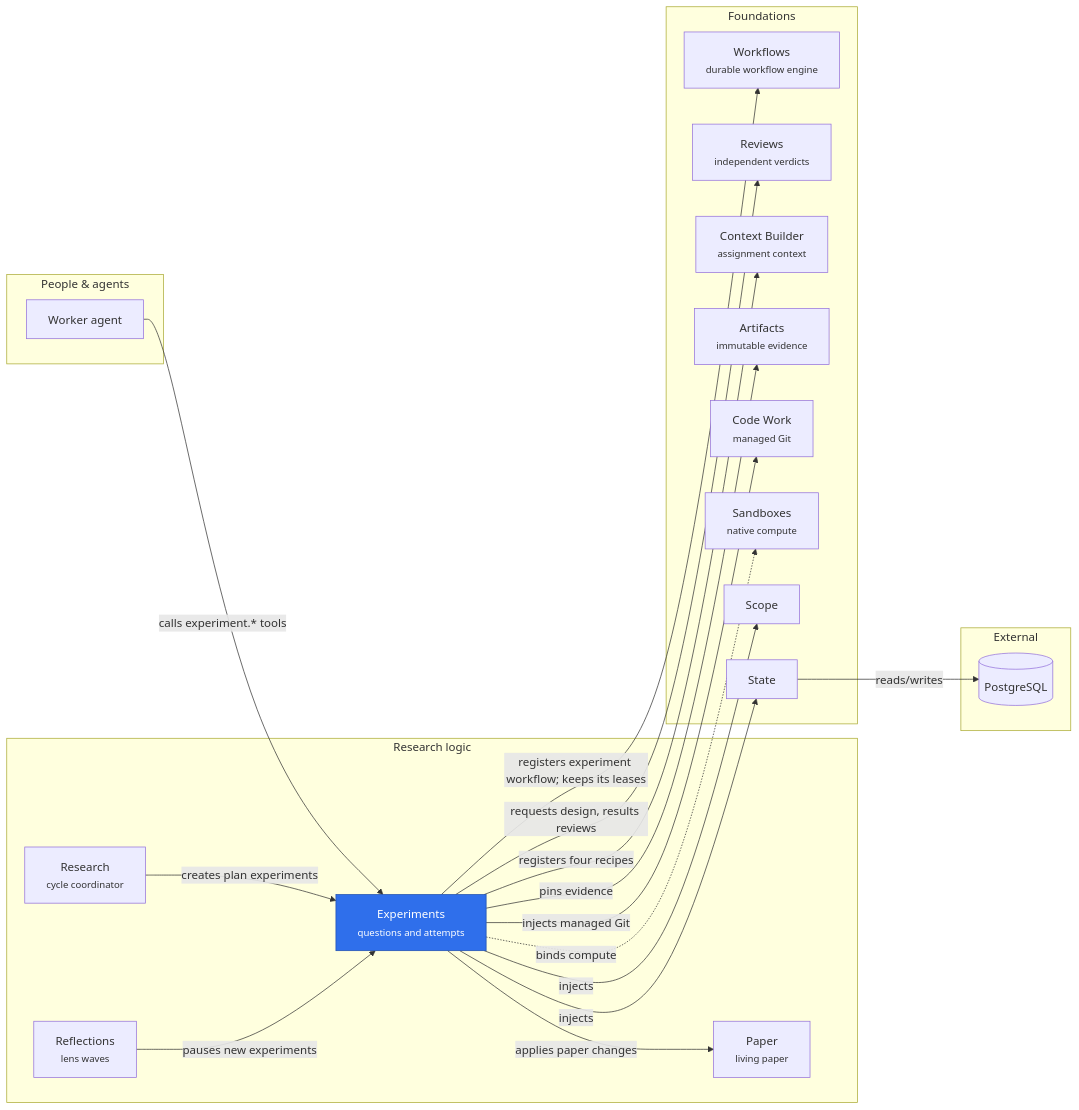
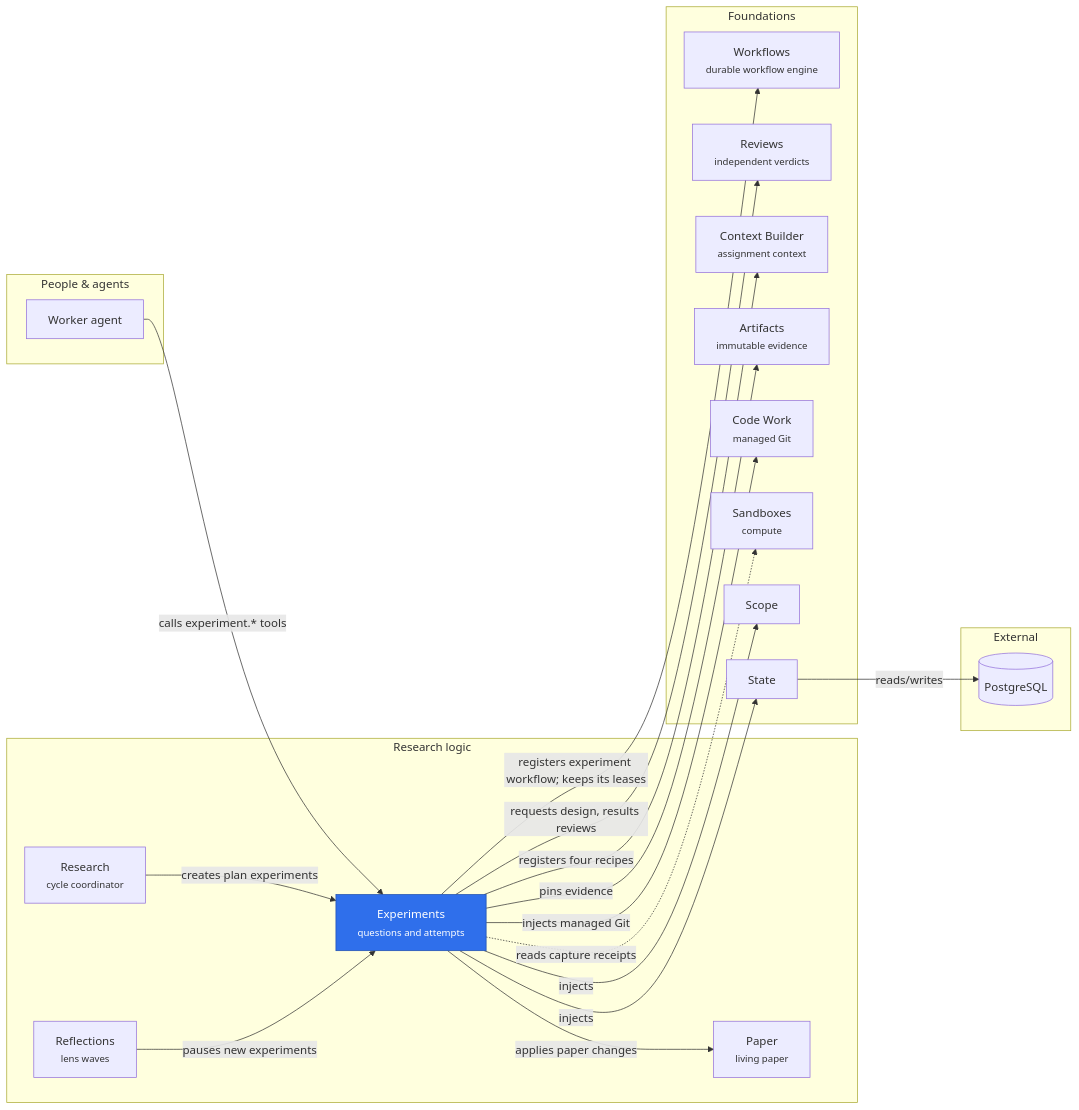
The diagram in merv-typescript/packages/experiments/README.md (rapidreview-io/Merv), drawn with Mermaid before and after one commit. The commit also changed other lines of this file and 27 other files, not shown here.

````diff
--- a/merv-typescript/packages/experiments/README.md
+++ b/merv-typescript/packages/experiments/README.md
@@ -8,40 +8,40 @@
 ```mermaid
 flowchart LR
   subgraph people["People & agents"]
     worker["Worker agent"]
   end
   subgraph logic["Research logic"]
     experiments["Experiments<br/><small>questions and attempts</small>"]
     research["Research<br/><small>cycle coordinator</small>"]
     reflections["Reflections<br/><small>lens waves</small>"]
     paper["Paper<br/><small>living paper</small>"]
   end
   subgraph foundations["Foundations"]
     workflows["Workflows<br/><small>durable workflow engine</small>"]
     reviews["Reviews<br/><small>independent verdicts</small>"]
     contextBuilder["Context Builder<br/><small>assignment context</small>"]
     artifacts["Artifacts<br/><small>immutable evidence</small>"]
     codeWork["Code Work<br/><small>managed Git</small>"]
-    sandboxes["Sandboxes<br/><small>native compute</small>"]
+    sandboxes["Sandboxes<br/><small>compute</small>"]
     scope["Scope"]
     state["State"]
   end
   subgraph external["External"]
     postgres[("PostgreSQL")]
   end
   worker -- "calls experiment.* tools" --> experiments
   research -- "creates plan experiments" --> experiments
   reflections -- "pauses new experiments" --> experiments
   experiments -- "registers experiment workflow; keeps its leases" --> workflows
   experiments -- "requests design, results reviews" --> reviews
   experiments -- "registers four recipes" --> contextBuilder
   experiments -- "applies paper changes" --> paper
   experiments -- "pins evidence" --> artifacts
   experiments -- "injects managed Git" --> codeWork
-  experiments -. "binds compute" .-> sandboxes
+  experiments -. "reads capture receipts" .-> sandboxes
   experiments -- "injects" --> scope
   experiments -- "injects" --> state
   state -- "reads/writes" --> postgres
   class experiments self
   classDef self fill:#2f6feb,color:#fff,stroke:#1f4fb0
 ```
````
